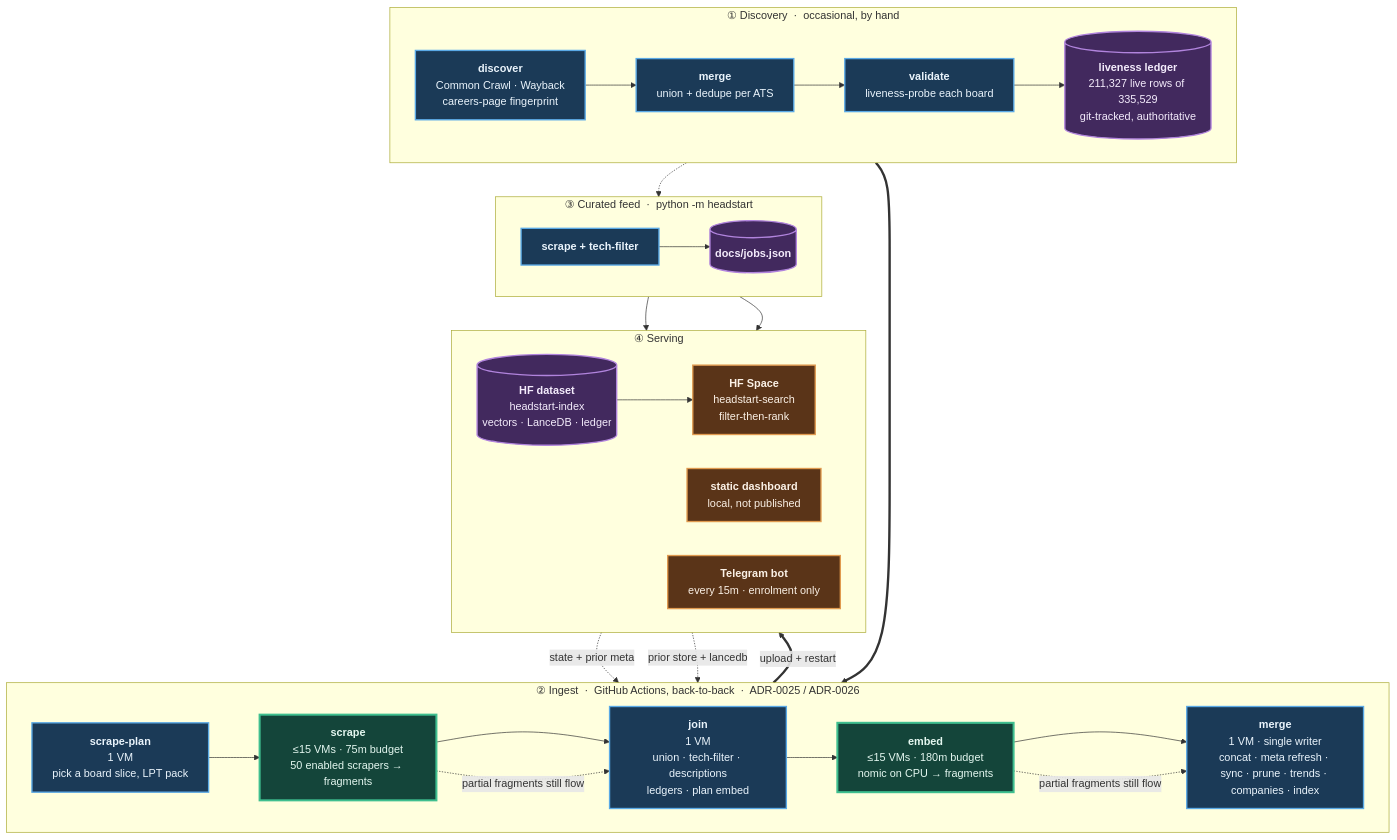
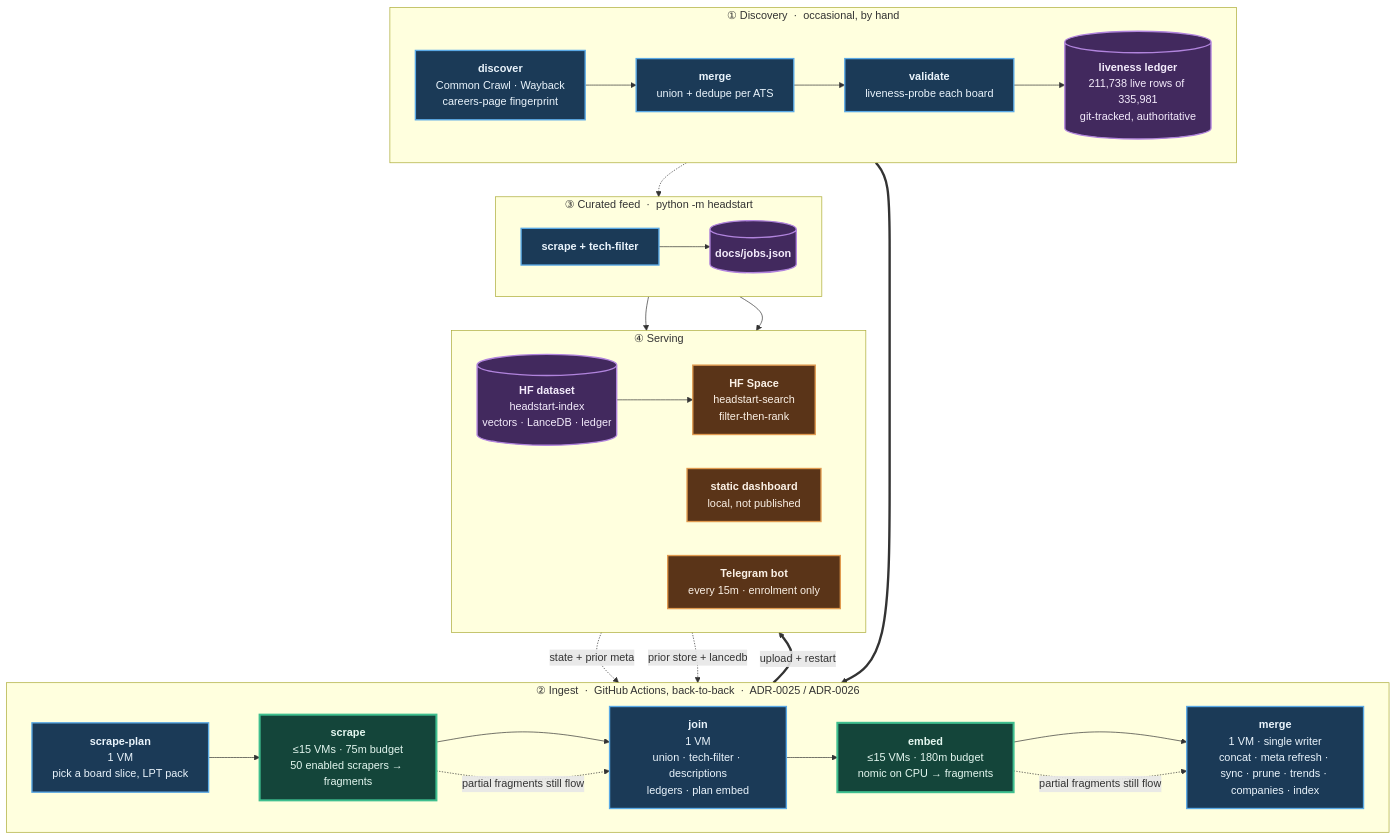
Before and after one commit to sarthakjain004/headstart: the diagram in README.md, drawn with Mermaid. The commit also changed other lines of this file and 8 other files, not shown here.

````diff
--- a/README.md
+++ b/README.md
@@ -185,56 +185,56 @@
 ```mermaid
 flowchart TB
     subgraph D["① Discovery &nbsp;·&nbsp; occasional, by hand"]
         direction LR
         D1["<b>discover</b><br/>Common Crawl · Wayback<br/>careers-page fingerprint"]
         D2["<b>merge</b><br/>union + dedupe per ATS"]
         D3["<b>validate</b><br/>liveness-probe each board"]
-        D4[("<b>liveness ledger</b><br/>211,327 live rows of 335,529<br/>git-tracked, authoritative")]
+        D4[("<b>liveness ledger</b><br/>211,738 live rows of 335,981<br/>git-tracked, authoritative")]
         D1 --> D2 --> D3 --> D4
     end
 
     subgraph P["② Ingest &nbsp;·&nbsp; GitHub Actions, back-to-back &nbsp;·&nbsp; ADR-0025 / ADR-0026"]
         direction LR
         P1["<b>scrape-plan</b><br/>1 VM<br/>pick a board slice, LPT pack"]
         P2["<b>scrape</b><br/>≤15 VMs · 75m budget<br/>50 enabled scrapers → fragments"]
         P3["<b>join</b><br/>1 VM<br/>union · tech-filter · descriptions<br/>ledgers · plan embed"]
         P4["<b>embed</b><br/>≤15 VMs · 180m budget<br/>nomic on CPU → fragments"]
         P5["<b>merge</b><br/>1 VM · single writer<br/>concat · meta refresh · sync · prune · trends · companies · index"]
         P1 --> P2 --> P3 --> P4 --> P5
     end
 
     subgraph F["③ Curated feed &nbsp;·&nbsp; python -m headstart"]
         direction LR
         F1["<b>scrape + tech-filter</b>"]
         F2[("<b>docs/jobs.json</b>")]
         F1 --> F2
     end
 
     subgraph S["④ Serving"]
         direction LR
         S1[("<b>HF dataset</b><br/>headstart-index<br/>vectors · LanceDB · ledger")]
         S2["<b>HF Space</b><br/>headstart-search<br/>filter-then-rank"]
         S3["<b>static dashboard</b><br/>local, not published"]
         S4["<b>Telegram bot</b><br/>every 15m · enrolment only"]
         S1 --> S2
     end
 
     D4 ==> P1
     S1 -. "state + prior meta" .-> P1
     S1 -. "prior store + lancedb" .-> P5
     D4 -.-> F1
     P5 ==>|"upload + restart"| S1
     F2 --> S3
     F2 --> S4
     P2 -. "partial fragments still flow" .-> P3
     P4 -. "partial fragments still flow" .-> P5
 
     classDef serial fill:#1b3a57,stroke:#5aa9e6,stroke-width:2px,color:#eaf4fc
     classDef fan fill:#14453a,stroke:#3fbf8f,stroke-width:3px,color:#e4f7f0
     classDef store fill:#42295e,stroke:#b184dd,stroke-width:2px,color:#f4ecfc
     classDef serve fill:#5a3418,stroke:#e09a4f,stroke-width:2px,color:#fbf1e6
     class D1,D2,D3,P1,P3,P5,F1 serial
     class P2,P4 fan
     class D4,F2,S1 store
     class S2,S3,S4 serve
 ```
````
